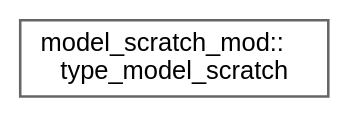
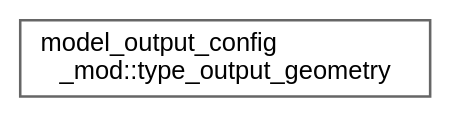
The diagram in release/v4.0-beta/inherit_graph_46.dot (mayhl/FUNWAVE-TVD), drawn with Graphviz before and after one commit. The commit also changed 52 other files, not shown here.

```diff
--- a/release/v4.0-beta/inherit_graph_46.dot
+++ b/release/v4.0-beta/inherit_graph_46.dot
@@ -1,9 +1,9 @@
 digraph "Graphical Class Hierarchy"
 {
  // LATEX_PDF_SIZE
   bgcolor="transparent";
   edge [fontname=Helvetica,fontsize=10,labelfontname=Helvetica,labelfontsize=10];
   node [fontname=Helvetica,fontsize=10,shape=box,height=0.2,width=0.4];
   rankdir="LR";
-  Node0 [id="Node000000",label="model_scratch_mod::\ltype_model_scratch",height=0.2,width=0.4,color="grey40", fillcolor="white", style="filled",URL="$structmodel__scratch__mod_1_1type__model__scratch.html",tooltip="Model-level scratch wrapper. Holds a field pool shaped to the local grid (local_nx + 2*N_GHOST,..."];
+  Node0 [id="Node000000",label="model_output_config\l_mod::type_output_geometry",height=0.2,width=0.4,color="grey40", fillcolor="white", style="filled",URL="$structmodel__output__config__mod_1_1type__output__geometry.html",tooltip=" "];
 }
```
